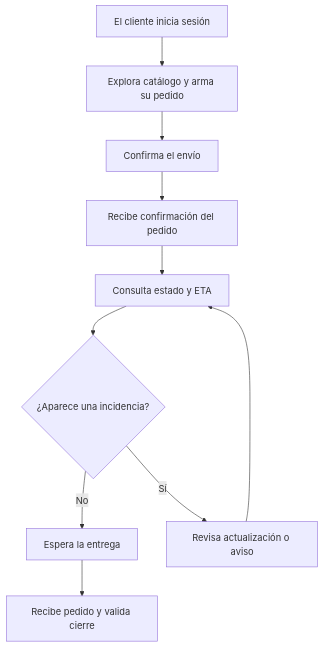
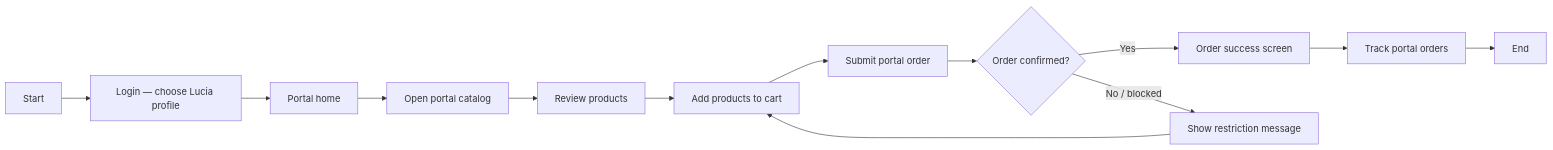
One commit to upc-pre-202610-1asi0730-12242-king/nexa-report changed the fourth of 4 diagrams in report/40-chapter-4-product-design/4-4-web-applications-ux-ui-design.md. Above: the diagram before and after it, drawn with Mermaid. The commit also changed other lines of this file, not shown here.

First line of the commit message:
docs(ch4): replace webapp user flows with proper flowcharts per persona

````diff
--- a/report/40-chapter-4-product-design/4-4-web-applications-ux-ui-design.md
+++ b/report/40-chapter-4-product-design/4-4-web-applications-ux-ui-design.md
@@ -271,12 +268,15 @@
 ```mermaid
-flowchart TD
-    A["El cliente inicia sesión"] --> B["Explora catálogo y arma su pedido"]
-    B --> C["Confirma el envío"]
-    C --> D["Recibe confirmación del pedido"]
-    D --> E["Consulta estado y ETA"]
-    E --> F{"¿Aparece una incidencia?"}
-    F -->|No| G["Espera la entrega"]
-    F -->|Sí| H["Revisa actualización o aviso"]
-    H --> E
-    G --> I["Recibe pedido y valida cierre"]
+flowchart LR
+    A["Start"] --> B["Login — choose Lucia profile"]
+    B --> C["Portal home"]
+    C --> D["Open portal catalog"]
+    D --> E["Review products"]
+    E --> F["Add products to cart"]
+    F --> G["Submit portal order"]
+    G --> H{"Order confirmed?"}
+    H -- "Yes" --> I["Order success screen"]
+    H -- "No / blocked" --> J["Show restriction message"]
+    J --> F
+    I --> K["Track portal orders"]
+    K --> L["End"]
 ```
````
